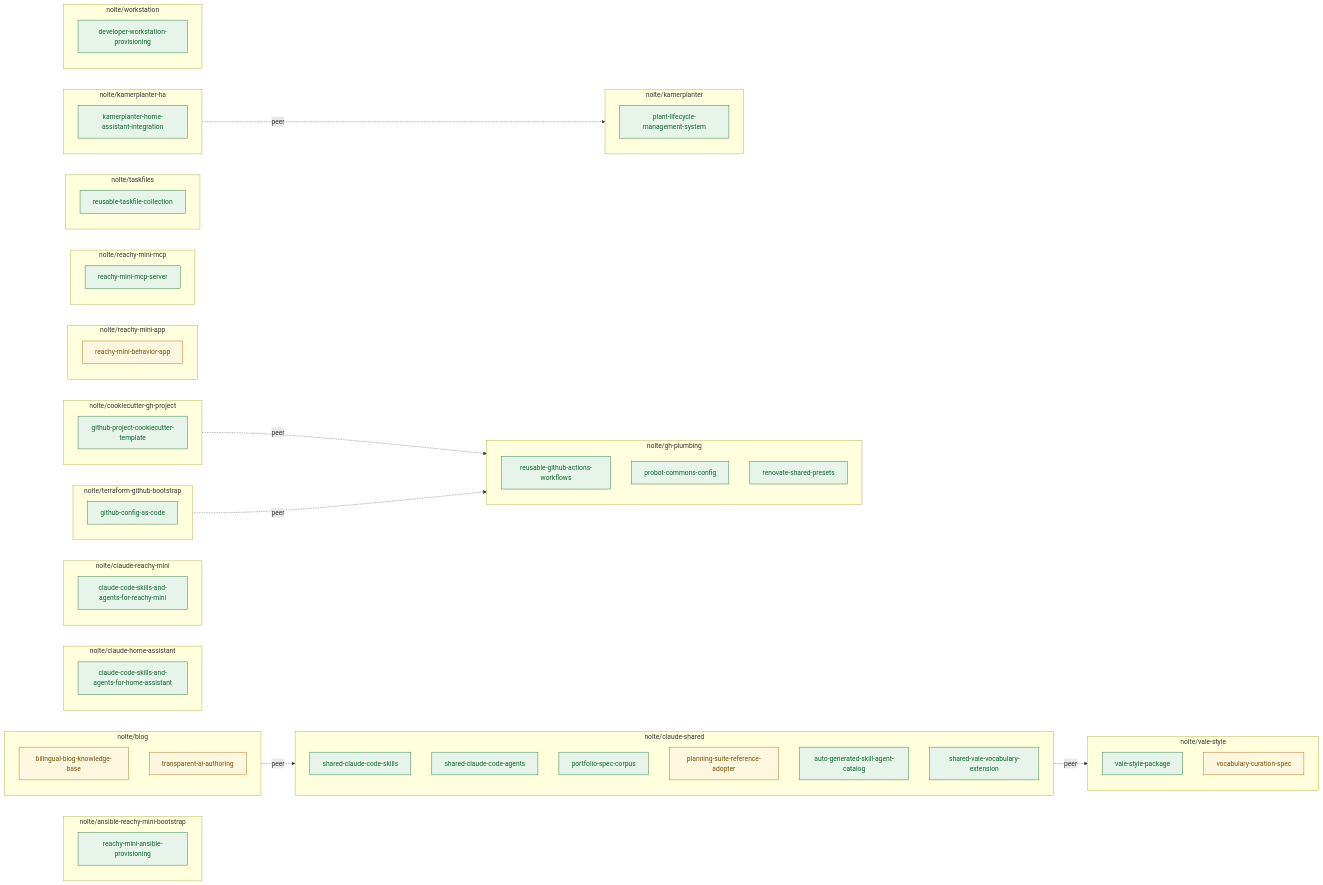
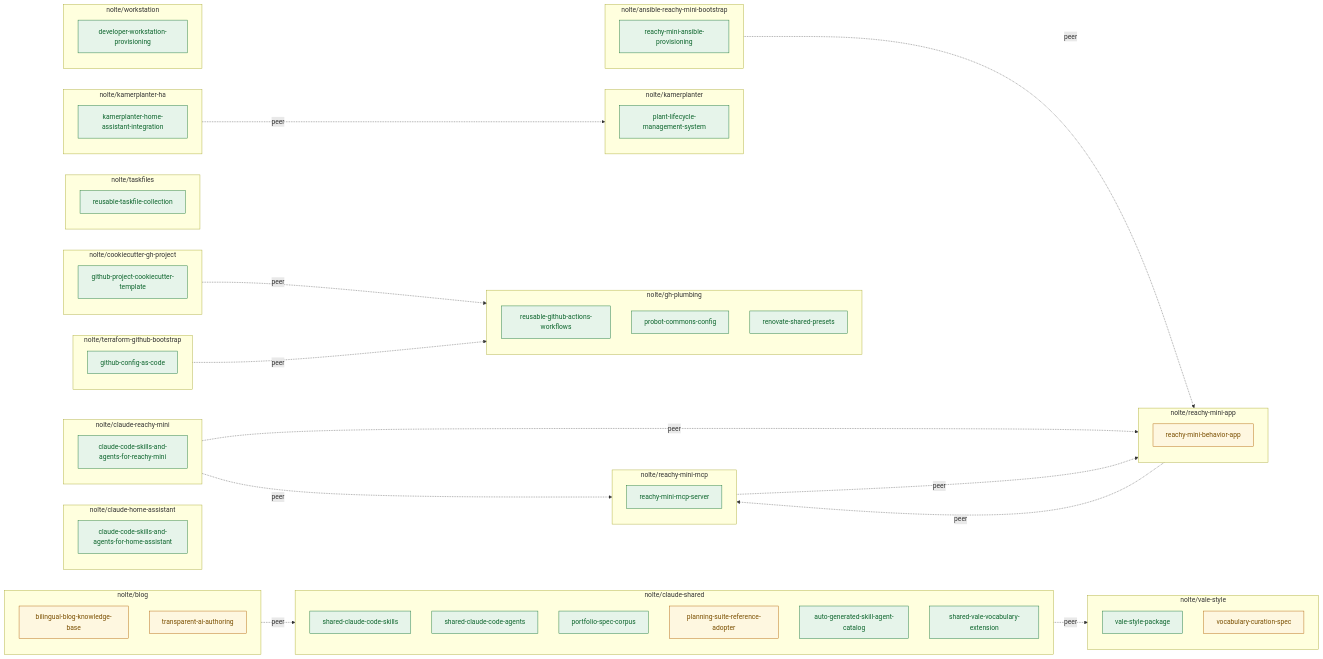
One commit to nolte/claude-shared changed the diagram in docs/de/portfolio/index.md. Above: the diagram before and after it, drawn with Mermaid. The commit also changed other lines of this file and 4 other files, not shown here.

````diff
--- a/docs/de/portfolio/index.md
+++ b/docs/de/portfolio/index.md
@@ -103,9 +103,14 @@
     class R13C0 active;
     class R13C1 experimental;
     class R14C0 active;
+    R0 -.peer.-> R9
     R1 -.peer.-> R4
+    R3 -.peer.-> R9
+    R3 -.peer.-> R10
     R4 -.peer.-> R13
     R5 -.peer.-> R6
     R8 -.peer.-> R7
+    R9 -.peer.-> R10
+    R10 -.peer.-> R9
     R12 -.peer.-> R6
 ```
````
